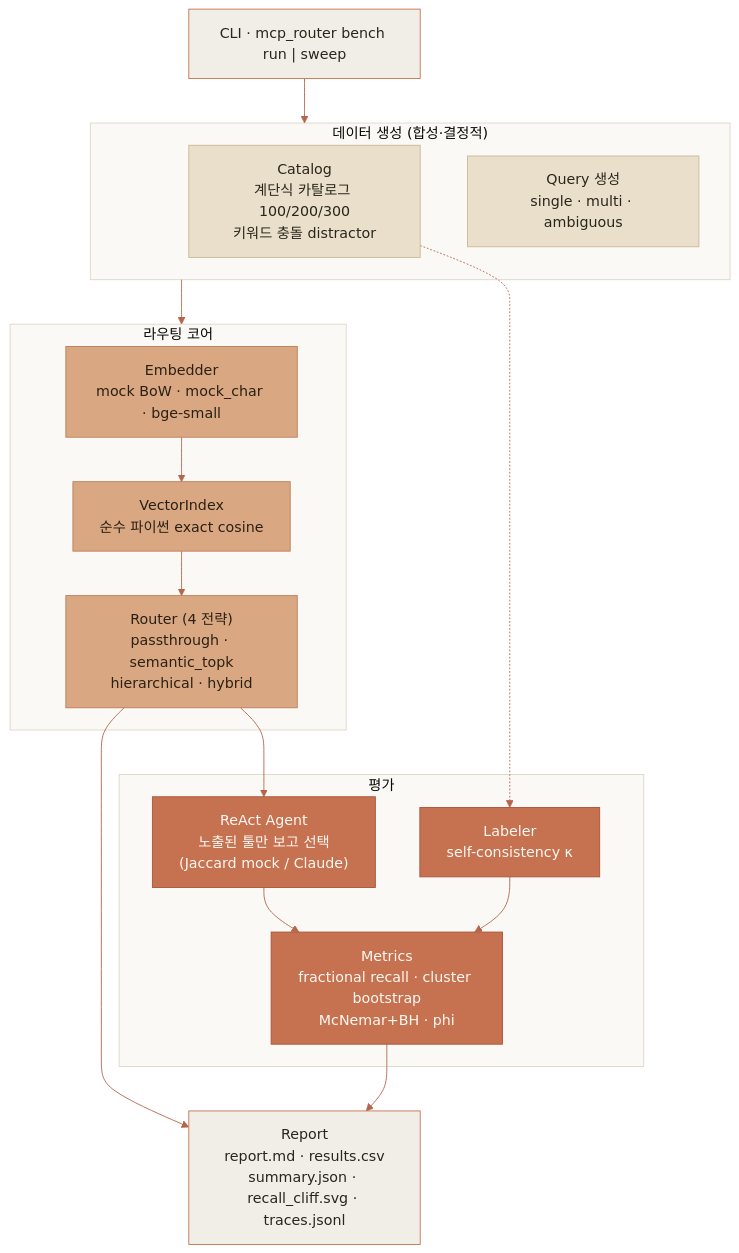
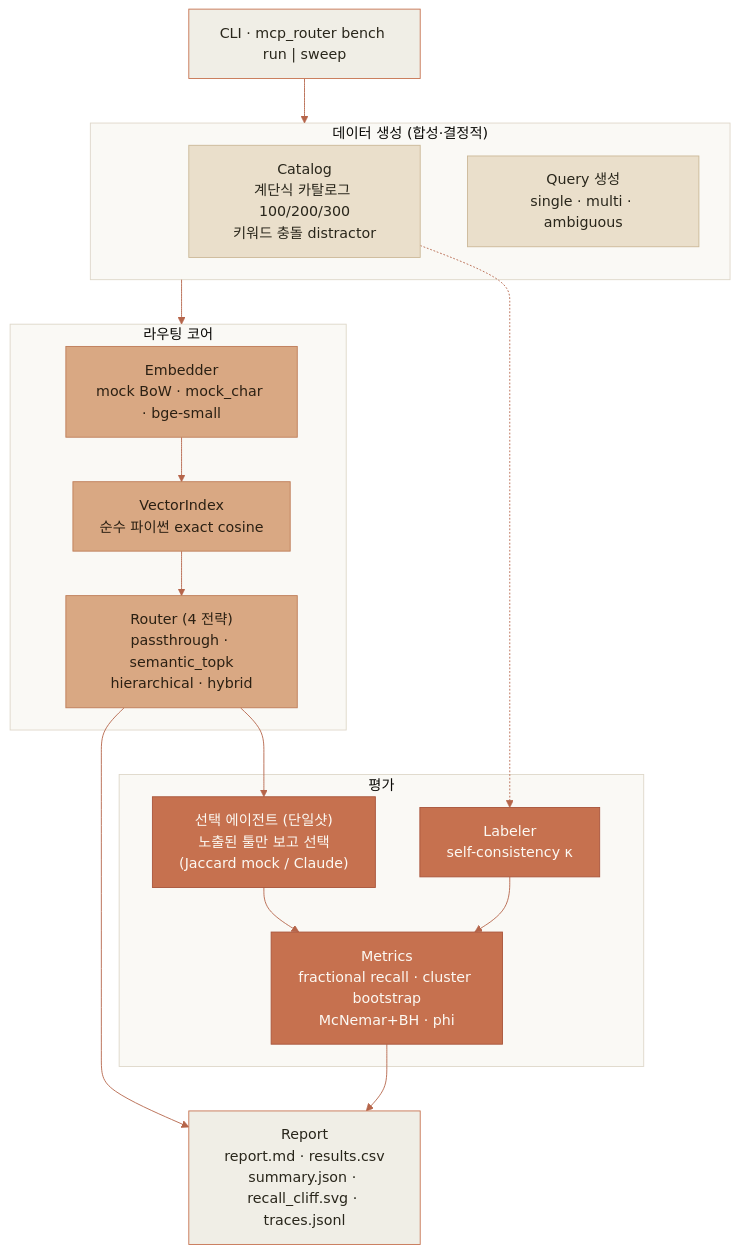
The first of 2 diagrams in README.md (HongJungWan/mcp-router), drawn with Mermaid before and after one commit. The commit also changed other lines of this file and 10 other files, not shown here.

````diff
--- a/README.md
+++ b/README.md
@@ -76,38 +76,38 @@
 ```mermaid
 %%{init: {"theme":"base","themeVariables":{"fontFamily":"Pretendard, Segoe UI, sans-serif","primaryColor":"#F0EEE6","primaryTextColor":"#29261B","primaryBorderColor":"#C6714F","lineColor":"#B5654A","clusterBkg":"#FAF9F5","clusterBorder":"#DED7C9"}}}%%
 flowchart TB
     CLI["CLI · mcp_router bench run | sweep"]
 
     subgraph GEN["데이터 생성 (합성·결정적)"]
         CAT["Catalog<br/>계단식 카탈로그 100/200/300<br/>키워드 충돌 distractor"]
         QRY["Query 생성<br/>single · multi · ambiguous"]
     end
 
     subgraph CORE["라우팅 코어"]
         EMB["Embedder<br/>mock BoW · mock_char · bge-small"]
         IDX["VectorIndex<br/>순수 파이썬 exact cosine"]
         RTR["Router (4 전략)<br/>passthrough · semantic_topk<br/>hierarchical · hybrid"]
     end
 
     subgraph EVAL["평가"]
-        AGT["ReAct Agent<br/>노출된 툴만 보고 선택<br/>(Jaccard mock / Claude)"]
+        AGT["선택 에이전트 (단일샷)<br/>노출된 툴만 보고 선택<br/>(Jaccard mock / Claude)"]
         LBL["Labeler<br/>self-consistency κ"]
         MET["Metrics<br/>fractional recall · cluster bootstrap<br/>McNemar+BH · phi"]
     end
 
     OUT["Report<br/>report.md · results.csv<br/>summary.json · recall_cliff.svg · traces.jsonl"]
 
     CLI --> GEN --> CORE
     EMB --> IDX --> RTR
     RTR --> AGT --> MET
     CAT -.-> LBL --> MET
     RTR --> OUT
     MET --> OUT
 
     classDef gen fill:#EADFCB,stroke:#CBB897,color:#29261B;
     classDef core fill:#D9A883,stroke:#BE7C57,color:#2B2013;
     classDef eval fill:#C6714F,stroke:#A8543A,color:#FCF9F3;
     class CAT,QRY gen;
     class EMB,IDX,RTR core;
     class AGT,LBL,MET eval;
 ```
````
